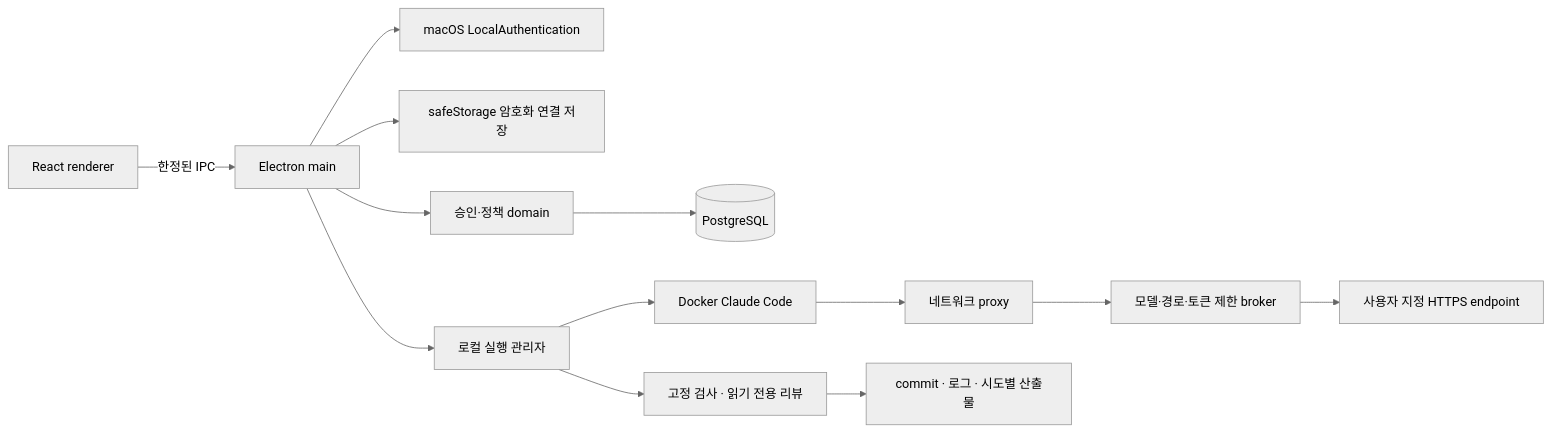
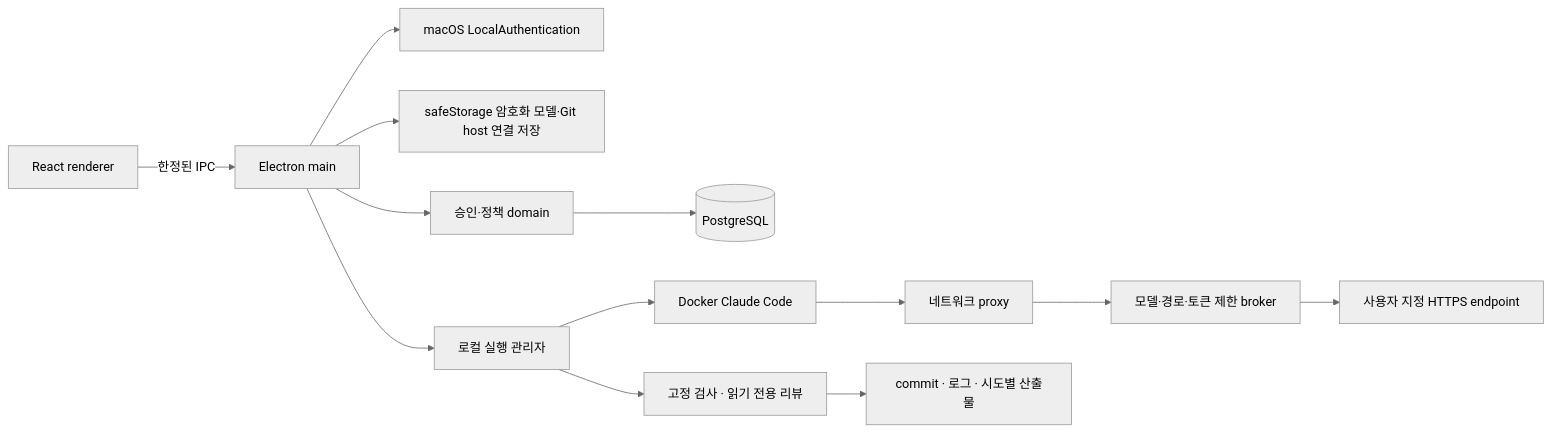
Before and after one commit to benny1020/roopre: the diagram in docs/ARCHITECTURE.md, drawn with Mermaid (neutral theme). The commit also changed other lines of this file and 29 other files, not shown here.

First line of the commit message:
feat: Git host delivery and isolated worktrees (#13)

````diff
--- a/docs/ARCHITECTURE.md
+++ b/docs/ARCHITECTURE.md
@@ -13,15 +13,15 @@
 ```mermaid
 flowchart LR
   UI[React renderer] -->|한정된 IPC| Main[Electron main]
   Main --> Auth[macOS LocalAuthentication]
-  Main --> Vault[safeStorage 암호화 연결 저장]
+  Main --> Vault[safeStorage 암호화 모델·Git host 연결 저장]
   Main --> Rules[승인·정책 domain]
   Rules --> DB[(PostgreSQL)]
   Main --> Runner[로컬 실행 관리자]
   Runner --> Agent[Docker Claude Code]
   Agent --> Proxy[네트워크 proxy]
   Proxy --> Broker[모델·경로·토큰 제한 broker]
   Broker --> Endpoint[사용자 지정 HTTPS endpoint]
   Runner --> Checks[고정 검사 · 읽기 전용 리뷰]
   Checks --> Evidence[commit · 로그 · 시도별 산출물]
 ```
````
